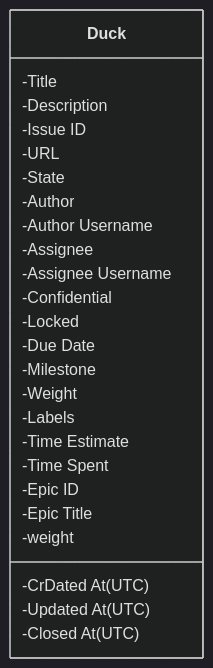
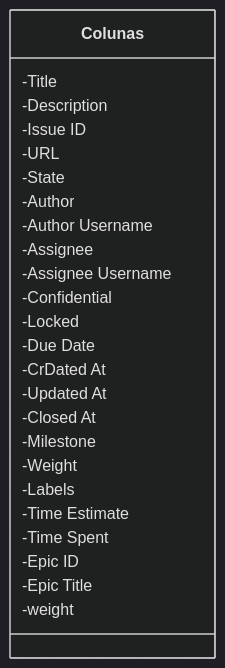
One commit to giseldo/neodataset changed the diagram in README.md. Above: the diagram before and after it, drawn with Mermaid (dark theme).

````diff
--- a/README.md
+++ b/README.md
@@ -7,28 +7,28 @@
    ```mermaid
    classDiagram
-       class Duck{
+       class Colunas{
         -Title
         -Description
         -Issue ID
         -URL
         -State
         -Author
         -Author Username
         -Assignee
         -Assignee Username
         -Confidential
         -Locked
         -Due Date
-        -CrDated At (UTC)
-        -Updated At (UTC)
-        -Closed At (UTC)
+        -CrDated At
+        -Updated At
+        -Closed At
         -Milestone
         -Weight
         -Labels
         -Time Estimate
         -Time Spent
         -Epic ID
         -Epic Title
         -weight
         }
    ```
````
